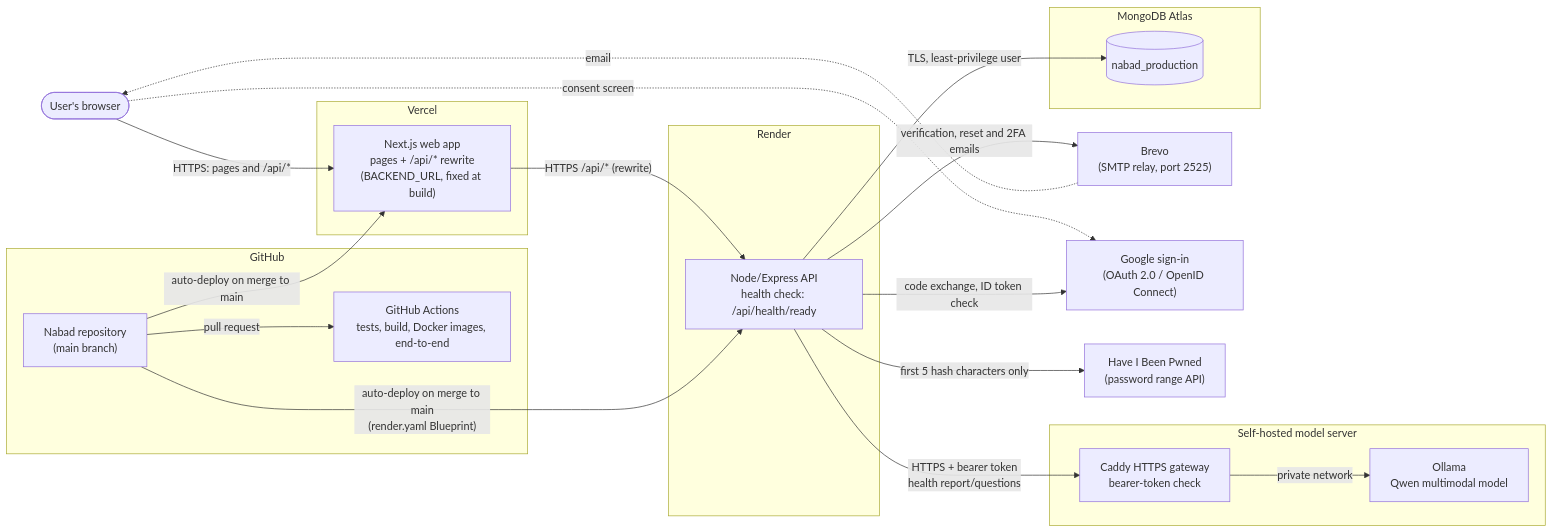
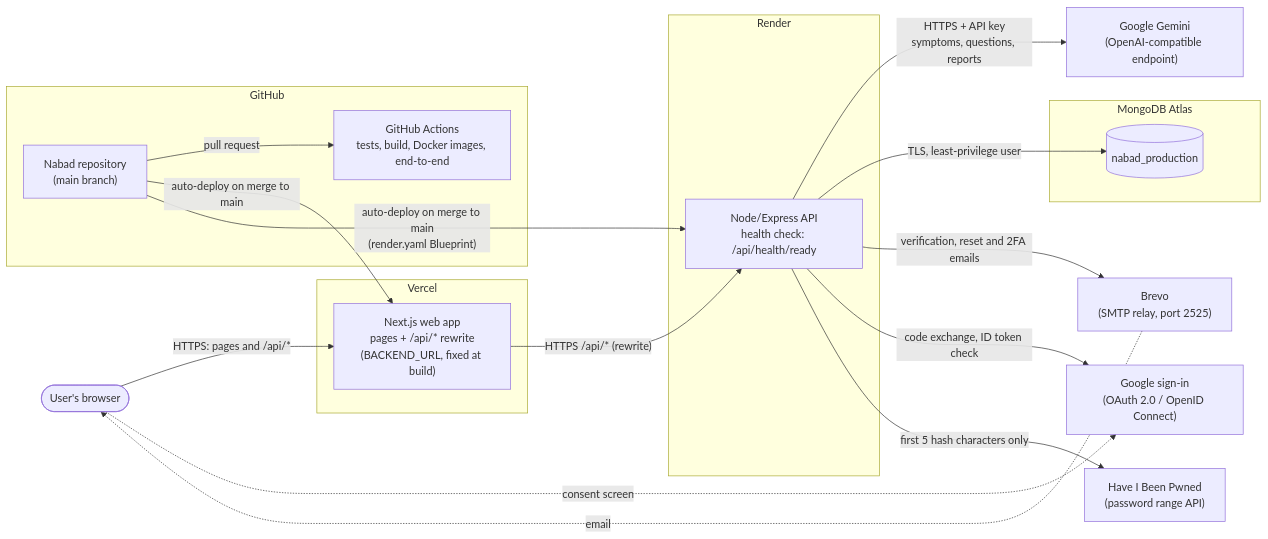
Before and after one commit to Nabad-team/Nabad: the first of 3 diagrams in docs/architecture.md, drawn with Mermaid. The commit also changed other lines of this file and 9 other files, not shown here.

````diff
--- a/docs/architecture.md
+++ b/docs/architecture.md
@@ -12,45 +12,41 @@
 ```mermaid
 flowchart LR
     user(["User's browser"])
 
     subgraph vercel["Vercel"]
         next["Next.js web app<br/>pages + /api/* rewrite<br/>(BACKEND_URL, fixed at build)"]
     end
 
     subgraph render["Render"]
         api["Node/Express API<br/>health check: /api/health/ready"]
     end
 
-    subgraph modelhost["Self-hosted model server"]
-        gateway["Caddy HTTPS gateway<br/>bearer-token check"]
-        ollama["Ollama<br/>Qwen multimodal model"]
-    end
+    gemini["Google Gemini<br/>(OpenAI-compatible endpoint)"]
 
     subgraph atlas["MongoDB Atlas"]
         db[("nabad_production")]
     end
 
     brevo["Brevo<br/>(SMTP relay, port 2525)"]
     google["Google sign-in<br/>(OAuth 2.0 / OpenID Connect)"]
     hibp["Have I Been Pwned<br/>(password range API)"]
 
     subgraph github["GitHub"]
         repo["Nabad repository<br/>(main branch)"]
         ci["GitHub Actions<br/>tests, build, Docker images, end-to-end"]
     end
 
     user -- "HTTPS: pages and /api/*" --> next
     next -- "HTTPS /api/* (rewrite)" --> api
-    api -- "HTTPS + bearer token<br/>health report/questions" --> gateway
-    gateway -- "private network" --> ollama
+    api -- "HTTPS + API key<br/>symptoms, questions, reports" --> gemini
     api -- "TLS, least-privilege user" --> db
     api -- "verification, reset and 2FA emails" --> brevo
     brevo -. "email" .-> user
     user -. "consent screen" .-> google
     api -- "code exchange, ID token check" --> google
     api -- "first 5 hash characters only" --> hibp
 
     repo -- "pull request" --> ci
     repo -- "auto-deploy on merge to main" --> next
     repo -- "auto-deploy on merge to main<br/>(render.yaml Blueprint)" --> api
 ```
````
